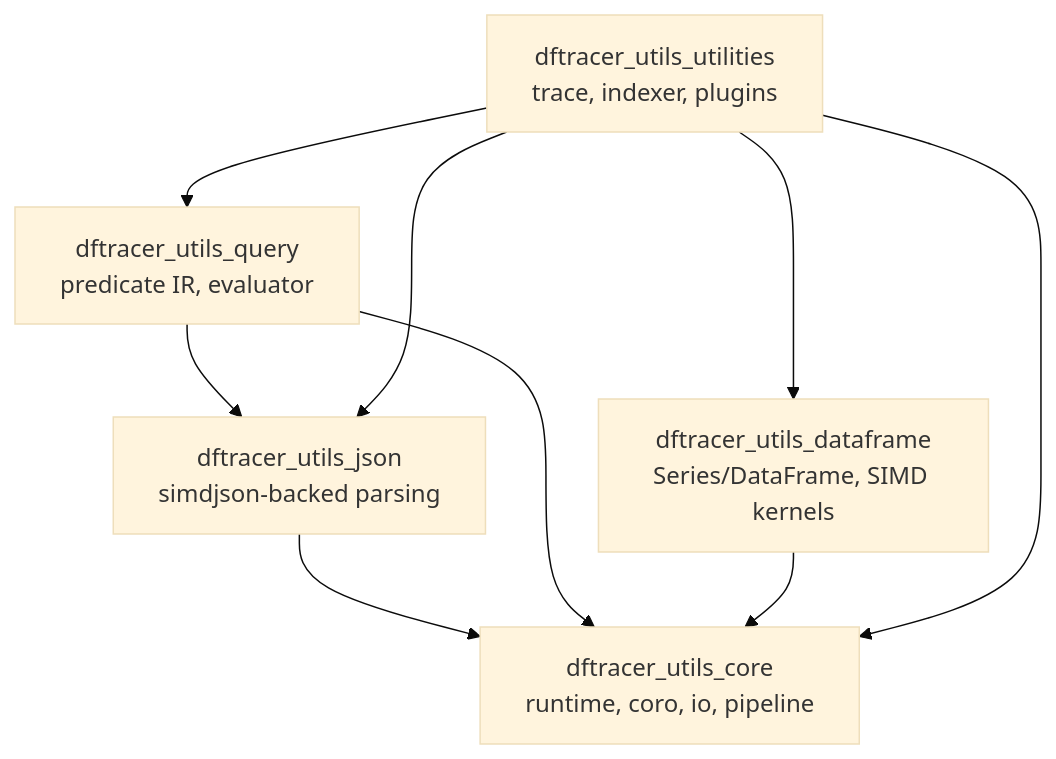
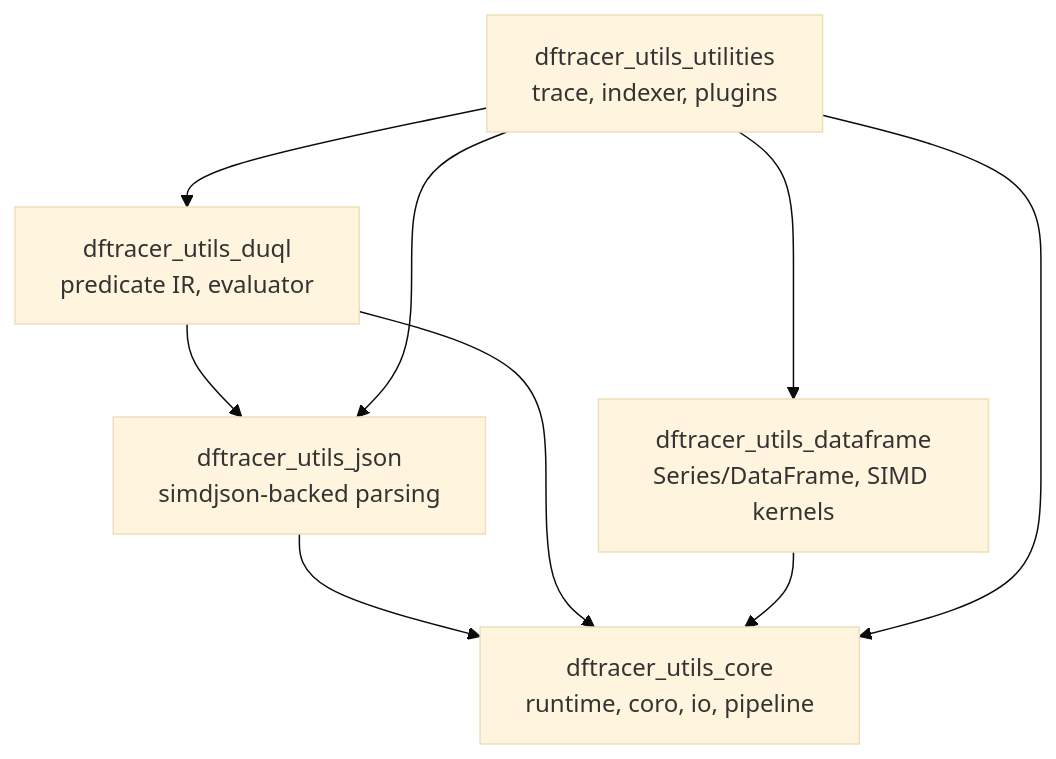
One commit to llnl-asr/dftracer-utils changed the first of 2 diagrams in docs/source/concepts/architecture.rst. Above: the diagram before and after it, drawn with Mermaid (base theme). The commit also changed other lines of this file and 570 other files, not shown here.

Commit message:
feat(duql): add the duql query language on views

```diff
--- a/docs/source/concepts/architecture.rst
+++ b/docs/source/concepts/architecture.rst
@@ -38,16 +38,16 @@
 .. mermaid::
 
    graph TB
        Core["dftracer_utils_core<br/>runtime, coro, io, pipeline"]
        Json["dftracer_utils_json<br/>simdjson-backed parsing"]
-       Query["dftracer_utils_query<br/>predicate IR, evaluator"]
+       Query["dftracer_utils_duql<br/>predicate IR, evaluator"]
        DF["dftracer_utils_dataframe<br/>Series/DataFrame, SIMD kernels"]
        Util["dftracer_utils_utilities<br/>trace, indexer, plugins"]
        Json --> Core
        Query --> Core
        Query --> Json
        DF --> Core
        Util --> Core
        Util --> Json
        Util --> Query
        Util --> DF
```
